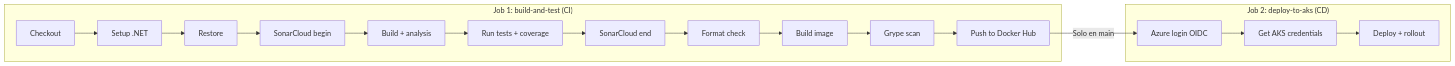
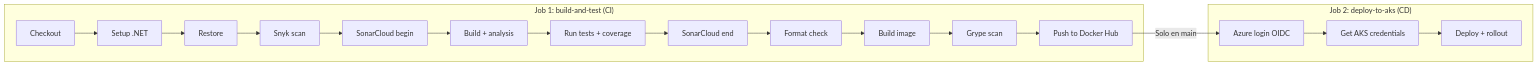
The diagram in README.md (cristiancave/app-cicd), drawn with Mermaid before and after one commit. The commit also changed other lines of this file, not shown here.

Commit message:
docs: add Snyk to README with security layers documentation

````diff
--- a/README.md
+++ b/README.md
@@ -132,22 +133,23 @@
 ```mermaid
 flowchart LR
     subgraph "Job 1: build-and-test (CI)"
         A[Checkout] --> B[Setup .NET]
         B --> C[Restore]
-        C --> D[SonarCloud begin]
-        D --> E[Build + analysis]
-        E --> F[Run tests + coverage]
-        F --> G[SonarCloud end]
-        G --> H[Format check]
-        H --> I[Build image]
-        I --> J[Grype scan]
-        J --> K[Push to Docker Hub]
+        C --> D[Snyk scan]
+        D --> E[SonarCloud begin]
+        E --> F[Build + analysis]
+        F --> G[Run tests + coverage]
+        G --> H[SonarCloud end]
+        H --> I[Format check]
+        I --> J[Build image]
+        J --> K[Grype scan]
+        K --> L[Push to Docker Hub]
     end
 
     subgraph "Job 2: deploy-to-aks (CD)"
-        L[Azure login OIDC] --> M[Get AKS credentials]
-        M --> N[Deploy + rollout]
+        M[Azure login OIDC] --> N[Get AKS credentials]
+        N --> O[Deploy + rollout]
     end
 
-    K -->|"Solo en main"| L
+    L -->|"Solo en main"| M
 ```
````
